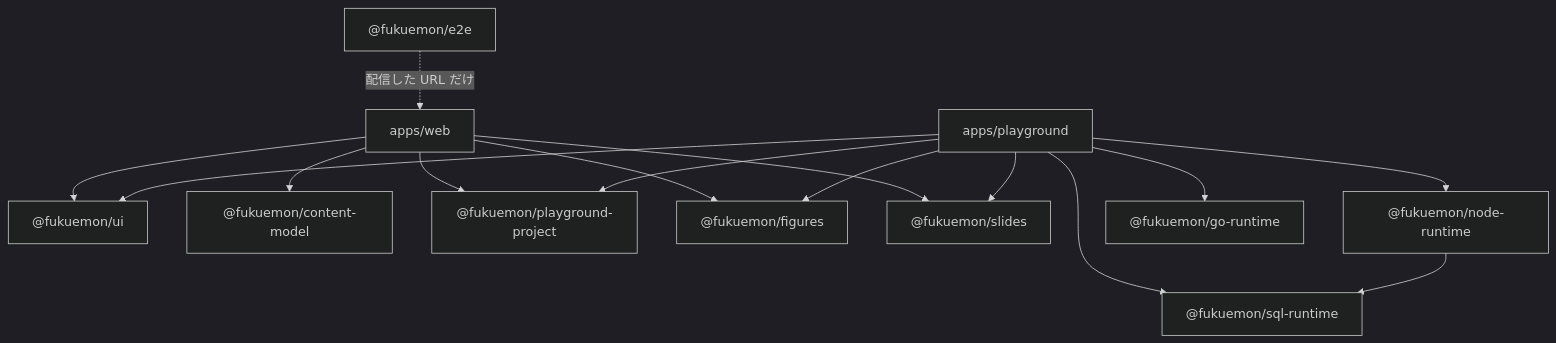
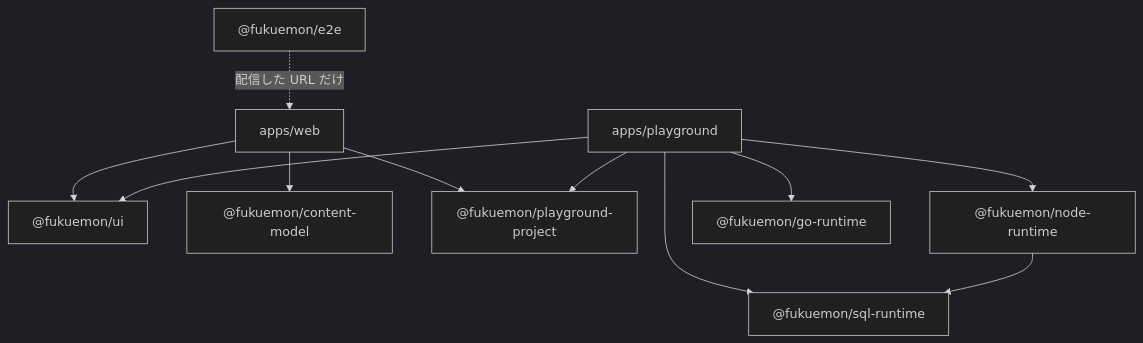
One commit to Fukuemon/fukuemon.dev changed the second of 2 diagrams in docs/design/DesignDoc.md. Above: the diagram before and after it, drawn with Mermaid (dark theme). The commit also changed other lines of this file and 1 other file, not shown here.

````diff
--- a/docs/design/DesignDoc.md
+++ b/docs/design/DesignDoc.md
@@ -123,17 +120,13 @@
 ```mermaid
 flowchart TD
     web["apps/web"] --> ui["@fukuemon/ui"]
     play["apps/playground"] --> ui
     web --> cm["@fukuemon/content-model"]
     web --> pp["@fukuemon/playground-project"]
     play --> pp
-    web --> fig["@fukuemon/figures"]
-    play --> fig
-    web --> slides["@fukuemon/slides"]
-    play --> slides
     play --> sqlrt["@fukuemon/sql-runtime"]
     play --> nodert["@fukuemon/node-runtime"]
     play --> gort["@fukuemon/go-runtime"]
     nodert --> sqlrt
     e2e["@fukuemon/e2e"] -. "配信した URL だけ" .-> web
 ```
````
